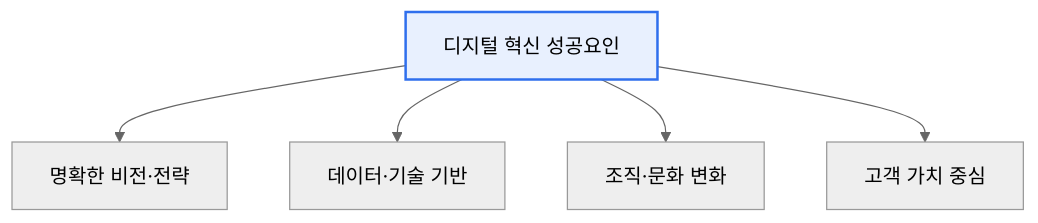
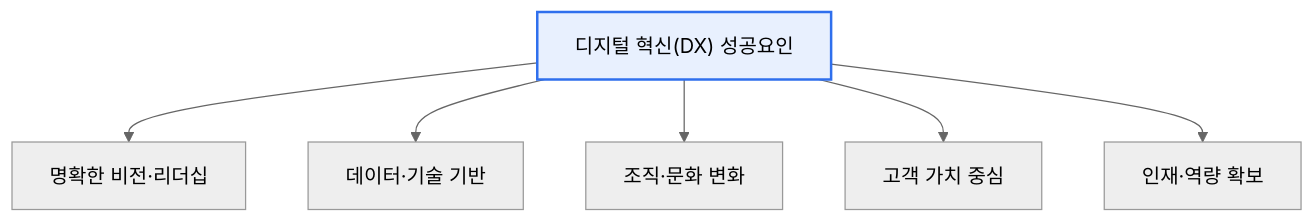
Before and after one commit to coninggu/wjdqhrhksflrltnftk: the first of 2 diagrams in content/digital-transformation-coe.md, drawn with Mermaid (neutral theme). The commit also changed other lines of this file and 3 other files, not shown here.

````diff
--- a/content/digital-transformation-coe.md
+++ b/content/digital-transformation-coe.md
@@ -15,8 +19,9 @@
 ```mermaid
 flowchart TB
-  DX[디지털 혁신 성공요인] --> V[명확한 비전·전략]
-  DX --> D[데이터·기술 기반]
-  DX --> C[조직·문화 변화]
-  DX --> P[고객 가치 중심]
+  DX["디지털 혁신(DX) 성공요인"] --> V["명확한 비전·리더십"]
+  DX --> D["데이터·기술 기반"]
+  DX --> C["조직·문화 변화"]
+  DX --> P["고객 가치 중심"]
+  DX --> H["인재·역량 확보"]
   style DX fill:#e8f0fe,stroke:#2f6fed,stroke-width:2px
 ```
````
